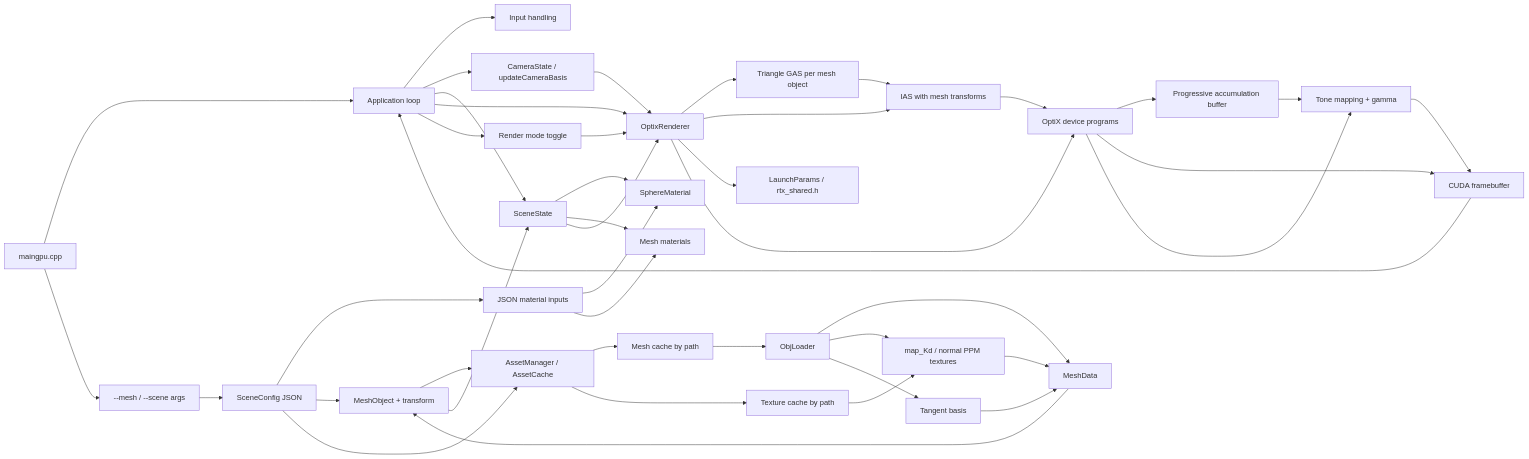
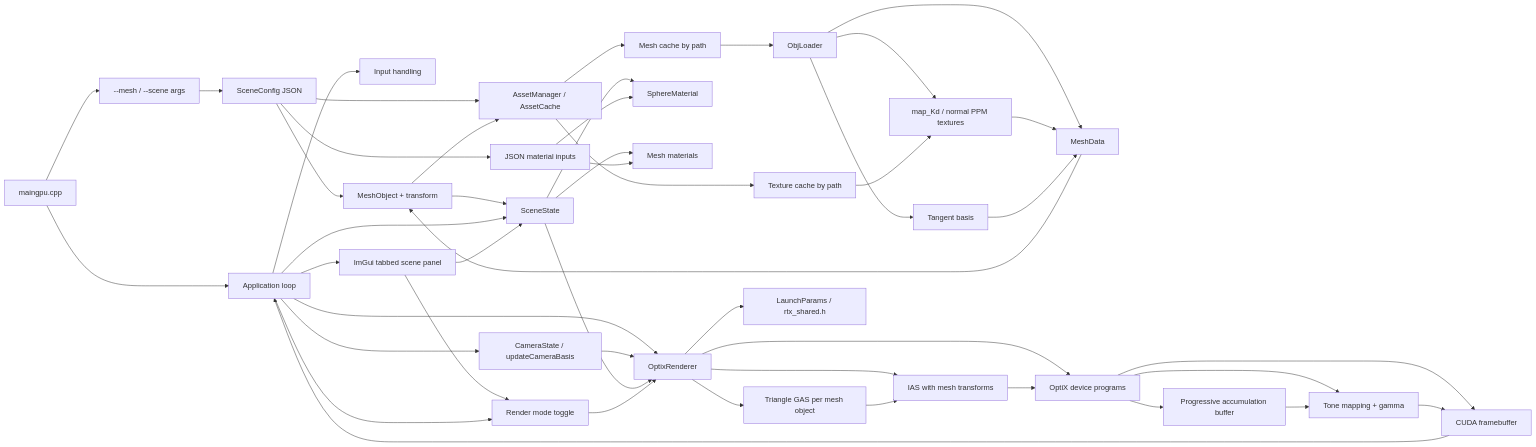
One commit to Tundraws/RayTracer changed the first of 4 diagrams in RayTracerRTX/docs/architecture.md. Above: the diagram before and after it, drawn with Mermaid. The commit also changed other lines of this file and 4 other files, not shown here.

Commit message:
feat: polish imgui scene control panel

````diff
--- a/RayTracerRTX/docs/architecture.md
+++ b/RayTracerRTX/docs/architecture.md
@@ -9,45 +9,48 @@
 ```mermaid
 flowchart LR
     Main["maingpu.cpp"] --> App["Application loop"]
     Main --> Args["--mesh / --scene args"]
     Args --> SceneConfig["SceneConfig JSON"]
     App --> Input["Input handling"]
+    App --> UI["ImGui tabbed scene panel"]
     App --> Camera["CameraState / updateCameraBasis"]
     SceneConfig --> JsonMaterials["JSON material inputs"]
     SceneConfig --> MeshObject["MeshObject + transform"]
     SceneConfig --> AssetCache["AssetManager / AssetCache"]
     AssetCache --> MeshCache["Mesh cache by path"]
     AssetCache --> TextureCache["Texture cache by path"]
     MeshObject --> AssetCache
     MeshCache --> ObjLoader
     ObjLoader["ObjLoader"] --> MeshData["MeshData"]
     ObjLoader --> Textures["map_Kd / normal PPM textures"]
     ObjLoader --> Tangents["Tangent basis"]
     Textures --> MeshData
     TextureCache --> Textures
     Tangents --> MeshData
     MeshData --> MeshObject
     MeshObject --> Scene
     App --> Scene["SceneState"]
+    UI --> Scene
+    UI --> Mode
     Scene --> Materials["SphereMaterial"]
     Scene --> MeshMaterials["Mesh materials"]
     JsonMaterials --> Materials
     JsonMaterials --> MeshMaterials
     App --> Renderer["OptixRenderer"]
     App --> Mode["Render mode toggle"]
     Camera --> Renderer
     Scene --> Renderer
     Mode --> Renderer
     Renderer --> TriangleGAS["Triangle GAS per mesh object"]
     Renderer --> IAS["IAS with mesh transforms"]
     Renderer --> Shared["LaunchParams / rtx_shared.h"]
     Renderer --> Device["OptiX device programs"]
     TriangleGAS --> IAS
     IAS --> Device
     Device --> Accum["Progressive accumulation buffer"]
     Device --> Framebuffer["CUDA framebuffer"]
     Device --> Post["Tone mapping + gamma"]
     Accum --> Post
     Post --> Framebuffer
     Framebuffer --> App
 ```
````
